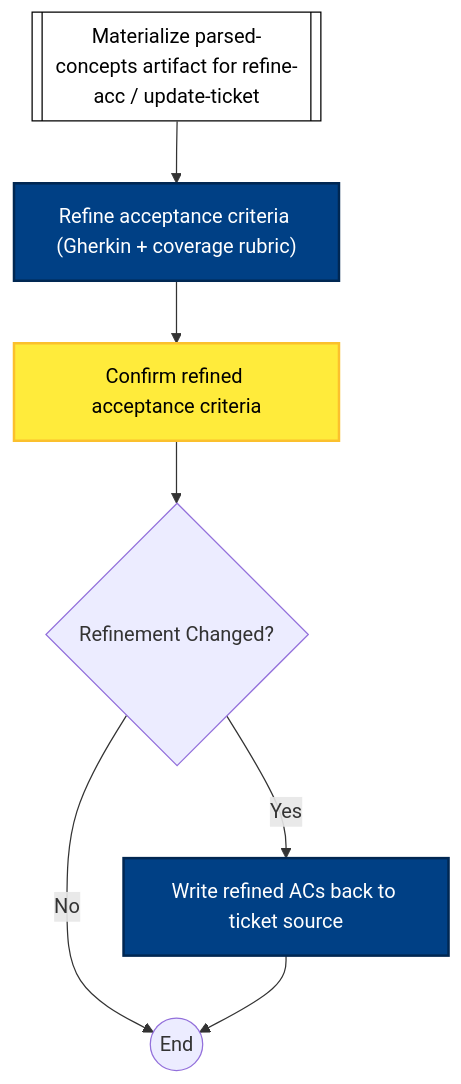
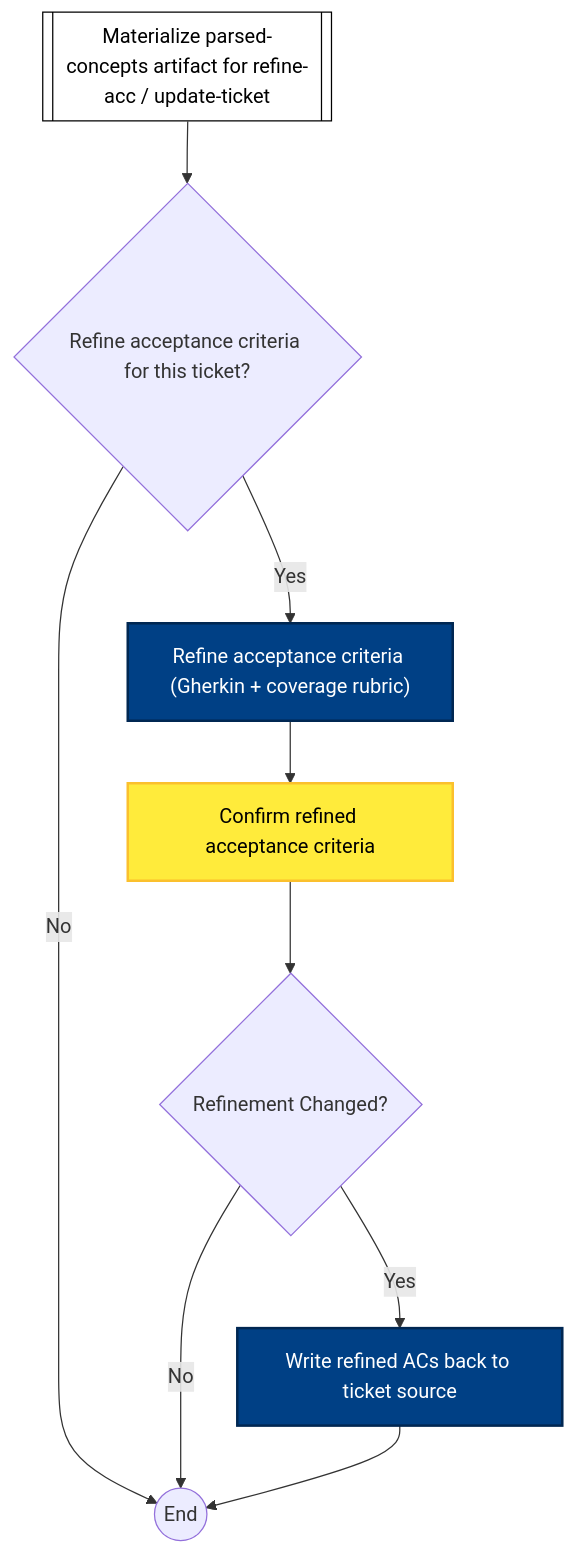
Diagram 14 of 21 in docs/process-diagram.md (optivem/gh-optivem), drawn with Mermaid before and after one commit. The commit also changed 13 other files, not shown here.

Commit message:
atdd: opt-in refine gate + drop migrate path back-fill

````diff
--- a/docs/process-diagram.md
+++ b/docs/process-diagram.md
@@ -378,25 +378,28 @@
 ```mermaid
 flowchart TD
     BACKLOG_REFINEMENT["Refine acceptance criteria (Gherkin + coverage rubric)"]
     BR_END((End))
     CONFIRM_REFINEMENT[Confirm refined acceptance criteria]
     GATE_REFINEMENT_CHANGED{Refinement Changed?}
+    GATE_REFINE_REQUESTED{Refine acceptance criteria for this ticket?}
     MATERIALIZE_PARSED_CONCEPTS[[Materialize parsed-concepts artifact for refine-acc / update-ticket]]
     UPDATE_TICKET[Write refined ACs back to ticket source]
 
-    MATERIALIZE_PARSED_CONCEPTS --> BACKLOG_REFINEMENT
+    MATERIALIZE_PARSED_CONCEPTS --> GATE_REFINE_REQUESTED
+    GATE_REFINE_REQUESTED -- Yes --> BACKLOG_REFINEMENT
+    GATE_REFINE_REQUESTED -- No --> BR_END
     BACKLOG_REFINEMENT --> CONFIRM_REFINEMENT
     CONFIRM_REFINEMENT --> GATE_REFINEMENT_CHANGED
     GATE_REFINEMENT_CHANGED -- Yes --> UPDATE_TICKET
     GATE_REFINEMENT_CHANGED -- No --> BR_END
     UPDATE_TICKET --> BR_END
 
     classDef serviceNode fill:#ffffff,stroke:#000000,stroke-width:1px,color:#000000
     class MATERIALIZE_PARSED_CONCEPTS serviceNode
 
     classDef agentNode fill:#004085,stroke:#002752,stroke-width:2px,color:#ffffff
     class BACKLOG_REFINEMENT,UPDATE_TICKET agentNode
 
     classDef humanNode fill:#ffeb3b,stroke:#fbc02d,stroke-width:2px,color:#000000
     class CONFIRM_REFINEMENT humanNode
 ```
````
